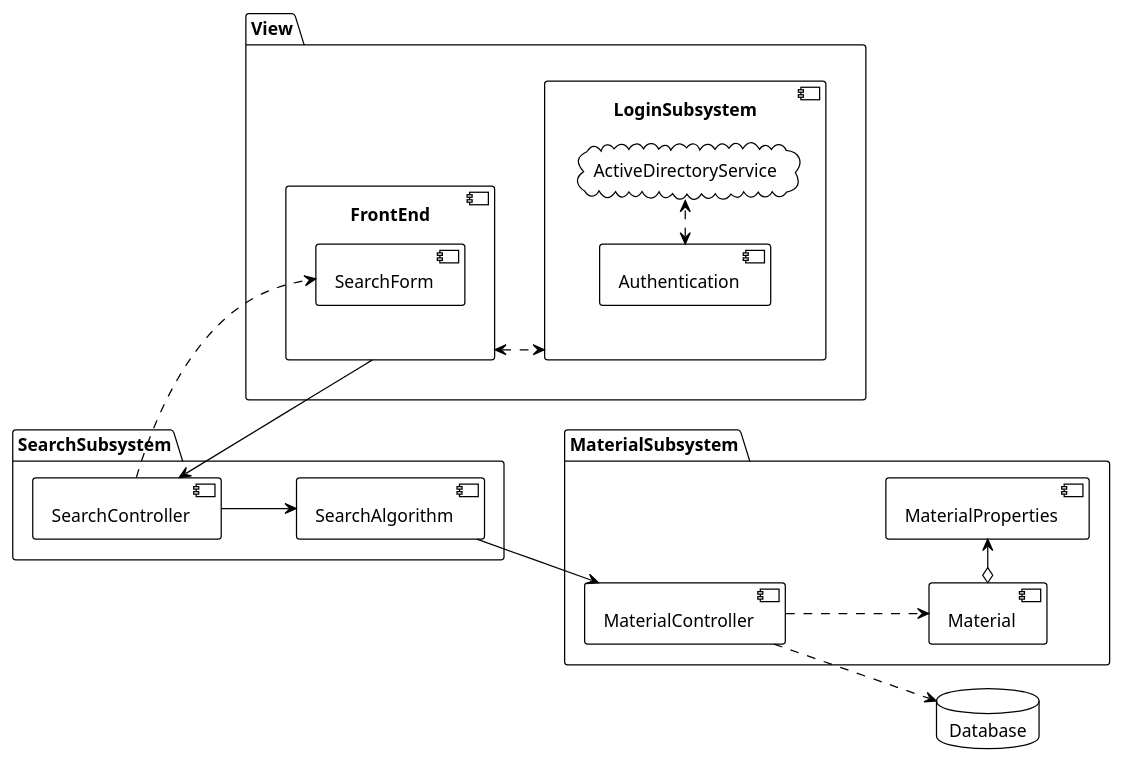
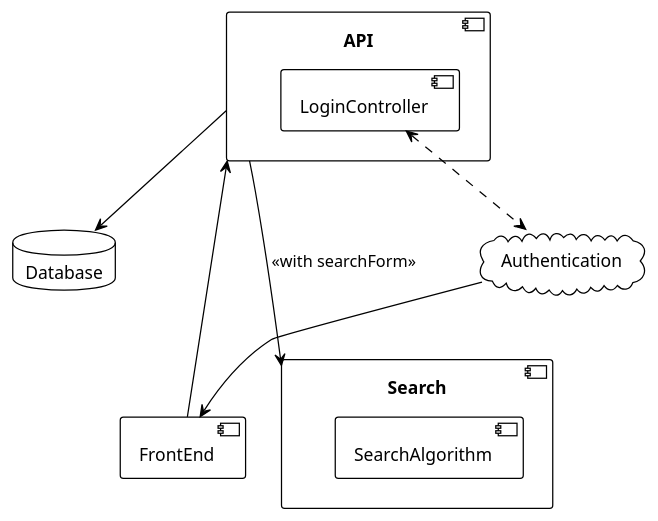
Before and after one commit to ahja-itu/BDSA2021-FinalProject: the diagram in Documentation/UML/Handmade UML/subsystem_decomp_new.puml, drawn with PlantUML. The commit also changed 12 other files, not shown here.

```diff
--- a/Documentation/UML/Handmade UML/subsystem_decomp_new.puml
+++ b/Documentation/UML/Handmade UML/subsystem_decomp_new.puml
@@ -1,41 +1,24 @@
 @startuml
 !theme plain
 
-left to right direction
-package View {
-    component LoginSubsystem {
-        component Authentication
-        cloud ActiveDirectoryService
-    }
-    component FrontEnd {
-        component SearchForm
-    }
+database "Database" as DB
+component API {
+    component LoginController
 }
-
-package SearchSubsystem {
-    component SearchController
+component Search {
     component SearchAlgorithm
 }
+cloud Authentication
+component FrontEnd
 
-package MaterialSubsystem {
-    component MaterialController
-    component Material
-    component MaterialProperties
-}
+FrontEnd -u-> API
+API -d--> Search : <<with searchForm>>
 
-database "Database" as DB
+LoginController <..> Authentication
+Authentication --> FrontEnd
+
+API -d-> DB
 
 
-FrontEnd -l-> SearchController
-Authentication <.> ActiveDirectoryService
-FrontEnd <..> LoginSubsystem
-
-SearchController -d-> SearchAlgorithm
-SearchAlgorithm -d-> MaterialController
-SearchController ..> SearchForm
-
-MaterialController .d.> DB
-MaterialController ..> Material
-Material o-> MaterialProperties
 
 @enduml
```
